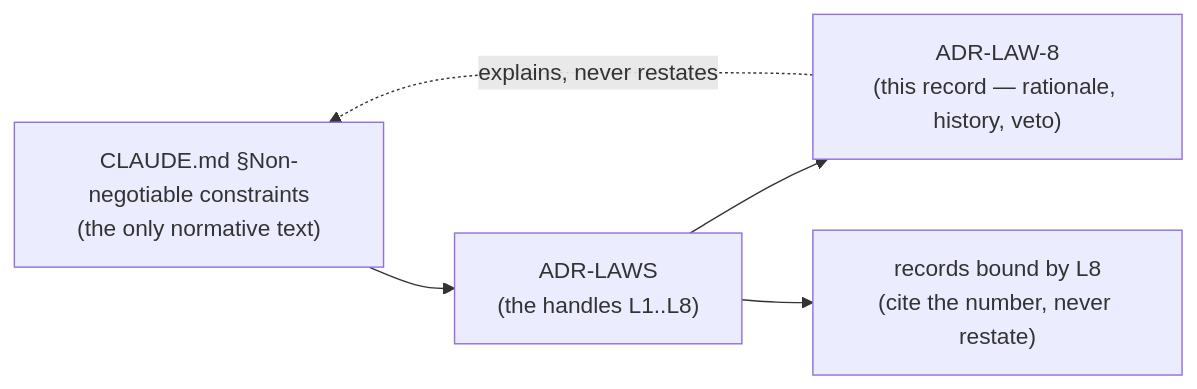
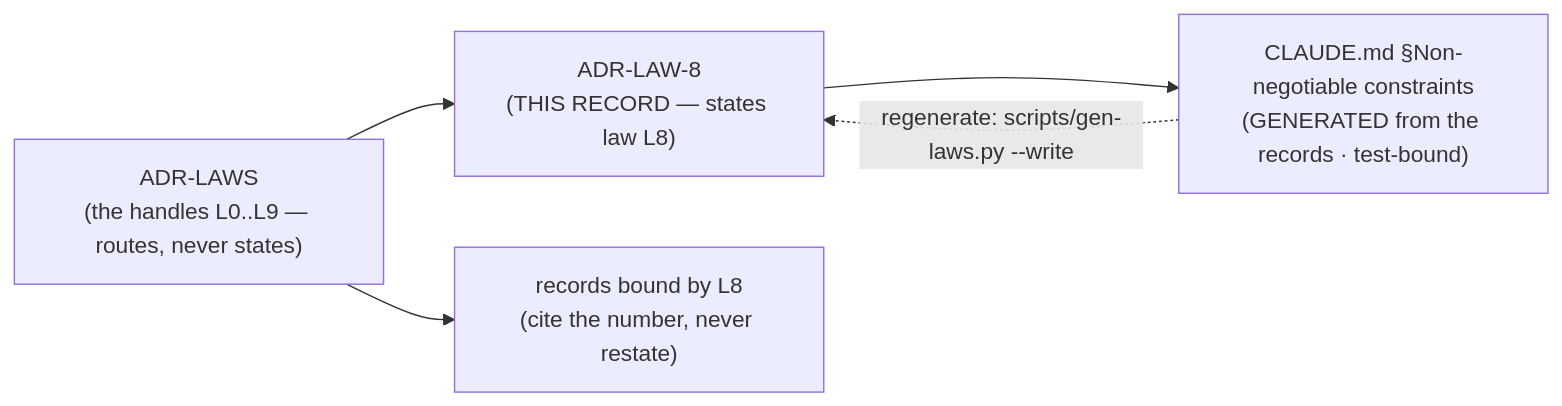
Before and after one commit to arpitarya/fux: the diagram in docs/adr/0010_LAW-8-use-record.md, drawn with Mermaid. The commit also changed other lines of this file and 190 other files, not shown here.

````diff
--- a/docs/adr/0010_LAW-8-use-record.md
+++ b/docs/adr/0010_LAW-8-use-record.md
@@ -59,10 +61,11 @@
 ```mermaid
 flowchart LR
-    C["CLAUDE.md §Non-negotiable constraints<br/>(the only normative text)"]
-    N["ADR-LAWS<br/>(the handles L1..L8)"]
-    R["ADR-LAW-8<br/>(this record — rationale, history, veto)"]
+    R["ADR-LAW-8<br/>(THIS RECORD — states law L8)"]
+    N["ADR-LAWS<br/>(the handles L0..L9 — routes, never states)"]
+    C["CLAUDE.md §Non-negotiable constraints<br/>(GENERATED from the records · test-bound)"]
     B["records bound by L8<br/>(cite the number, never restate)"]
-    C --> N --> R
+    R --> C
+    N --> R
     N --> B
-    R -. "explains, never restates" .-> C
+    C -. "regenerate: scripts/gen-laws.py --write" .-> R
 ```
````
